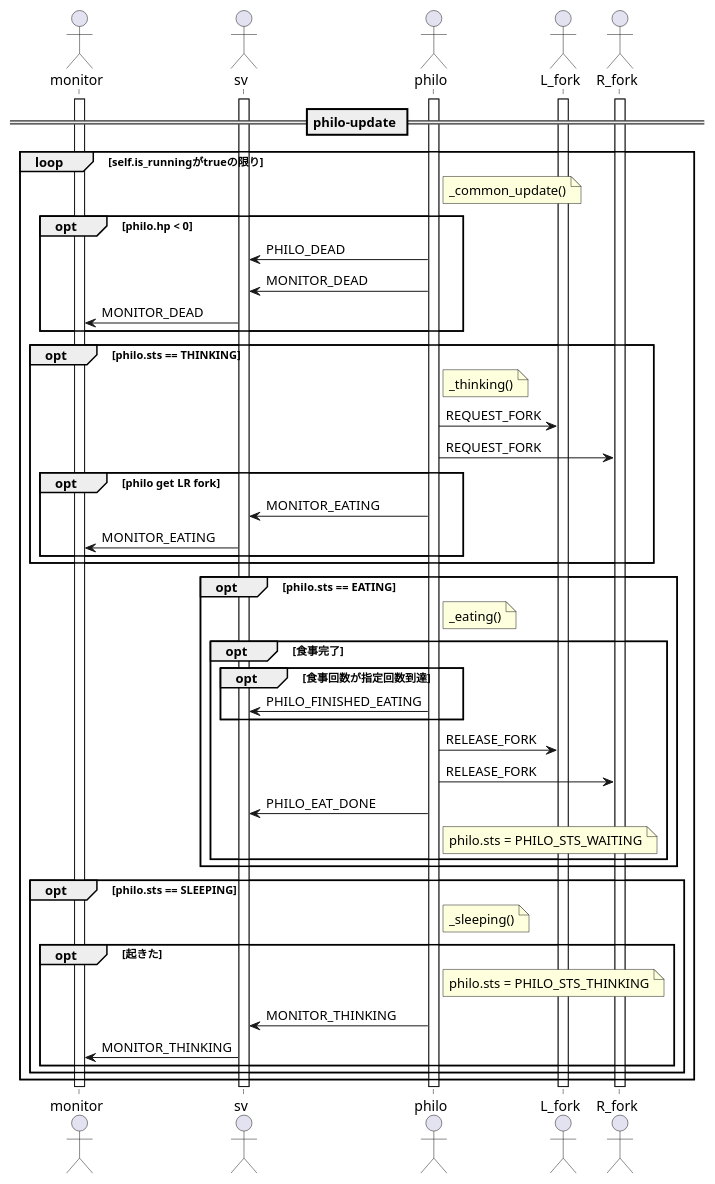
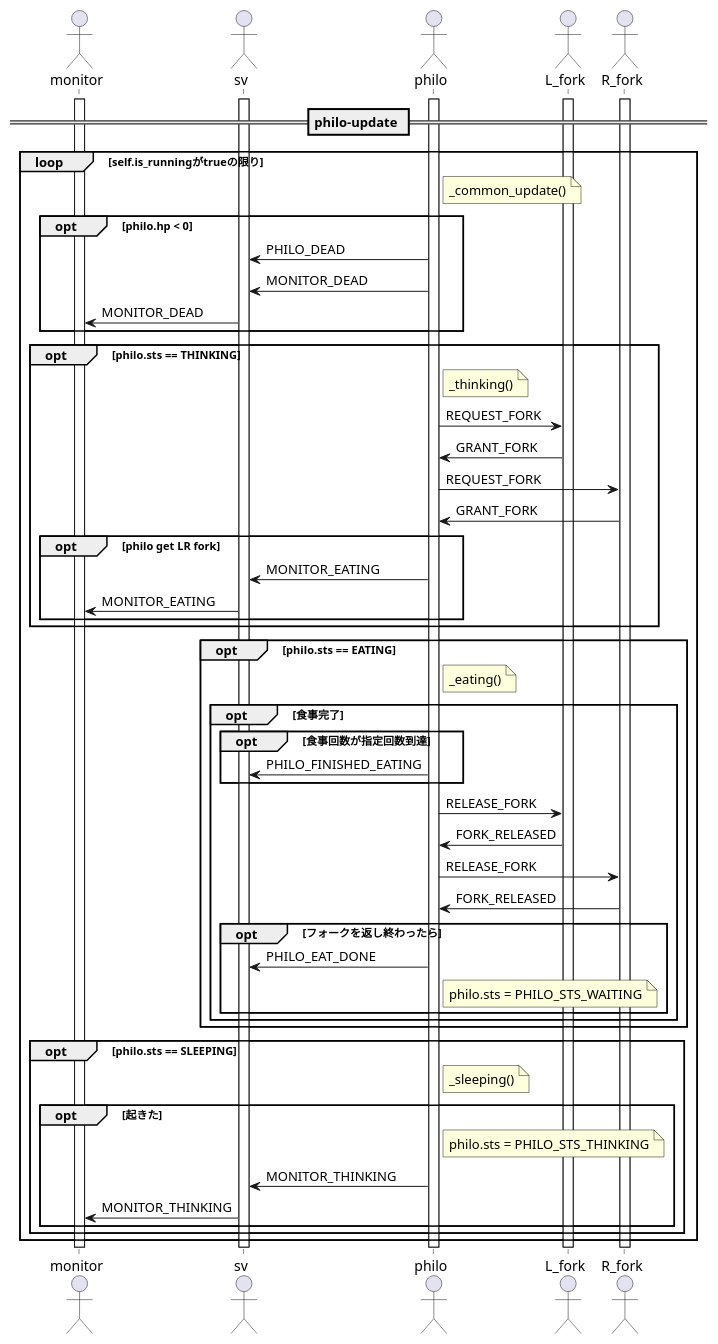
One commit to cacapon/Philosophers changed the diagram in doc/philo_update.pu. Above: the diagram before and after it, drawn with PlantUML.

Commit message:
fix philo_update graph

```diff
--- a/doc/philo_update.pu
+++ b/doc/philo_update.pu
@@ -1,73 +1,79 @@
 @startuml request-fork
 
 
 actor monitor
 actor sv
 actor philo
 actor L_fork
 actor R_fork
 
 == philo-update ==
 activate monitor
 activate sv
 activate philo
 activate L_fork
 activate R_fork
 
 loop self.is_runningがtrueの限り
 	note right of philo
 		_common_update()
 	end note
 	opt philo.hp < 0
 		philo -> sv: PHILO_DEAD
 		philo -> sv: MONITOR_DEAD 
 		sv -> monitor: MONITOR_DEAD 
 	end
 	opt philo.sts == THINKING
 		note right of philo
 			_thinking()
 		end note
 		philo->L_fork: REQUEST_FORK
+		L_fork->philo: GRANT_FORK
 		philo->R_fork: REQUEST_FORK
+		R_fork->philo: GRANT_FORK
 		opt philo get LR fork
 			philo->sv: MONITOR_EATING
 			sv->monitor: MONITOR_EATING
 		end
 	end
 	opt philo.sts == EATING 
 		note right of philo
 			_eating()
 		end note
 		opt 食事完了
 			opt 食事回数が指定回数到達 
 				philo->sv: PHILO_FINISHED_EATING
 			end
 			philo->L_fork: RELEASE_FORK
+			L_fork->philo: FORK_RELEASED
 			philo->R_fork: RELEASE_FORK
+			R_fork->philo: FORK_RELEASED
+			opt フォークを返し終わったら
 			philo->sv: PHILO_EAT_DONE
-			note right of philo
-				philo.sts = PHILO_STS_WAITING
-			end note
+				note right of philo
+					philo.sts = PHILO_STS_WAITING
+				end note
+			end
 		end
 	end
 	opt philo.sts == SLEEPING 
 		note right of philo
 			_sleeping()
 		end note
 		opt 起きた
 			note right of philo
 				philo.sts = PHILO_STS_THINKING
 			end note
 			philo -> sv: MONITOR_THINKING
 			sv -> monitor: MONITOR_THINKING
 		end
 	end
 end
 
 deactivate monitor
 deactivate sv
 deactivate philo
 deactivate L_fork
 deactivate R_fork
 
 @enduml
```
